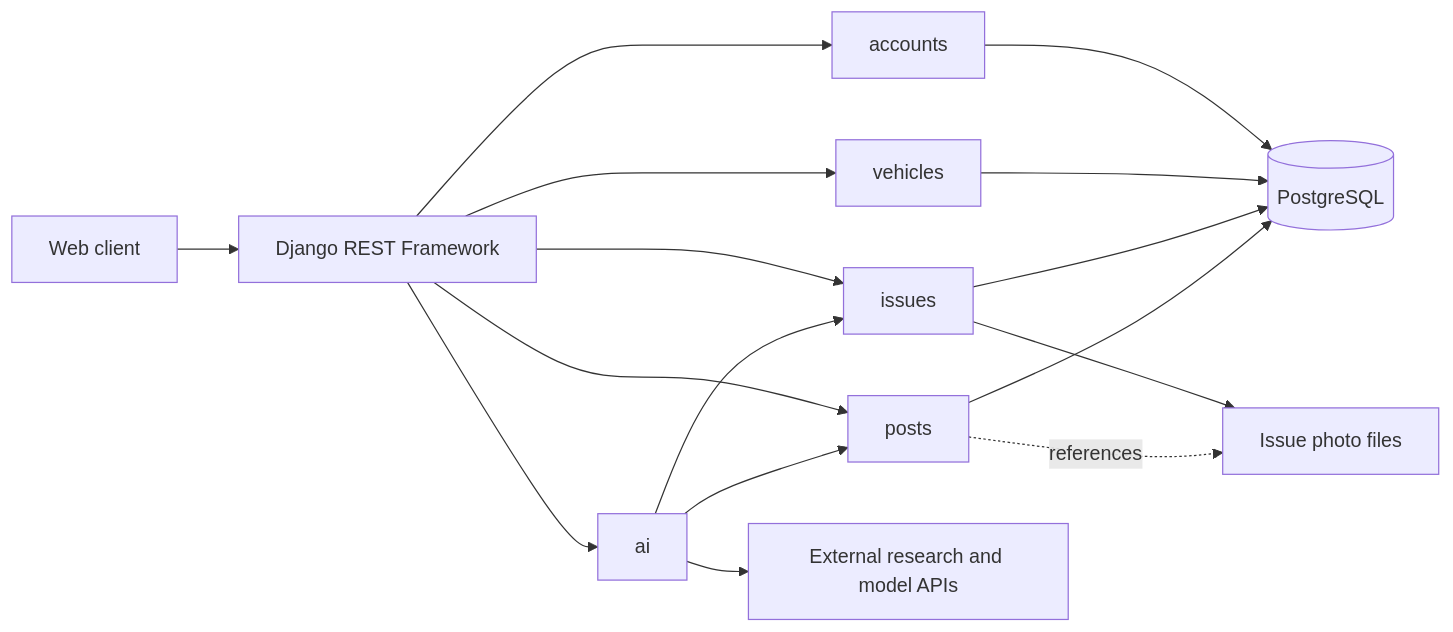
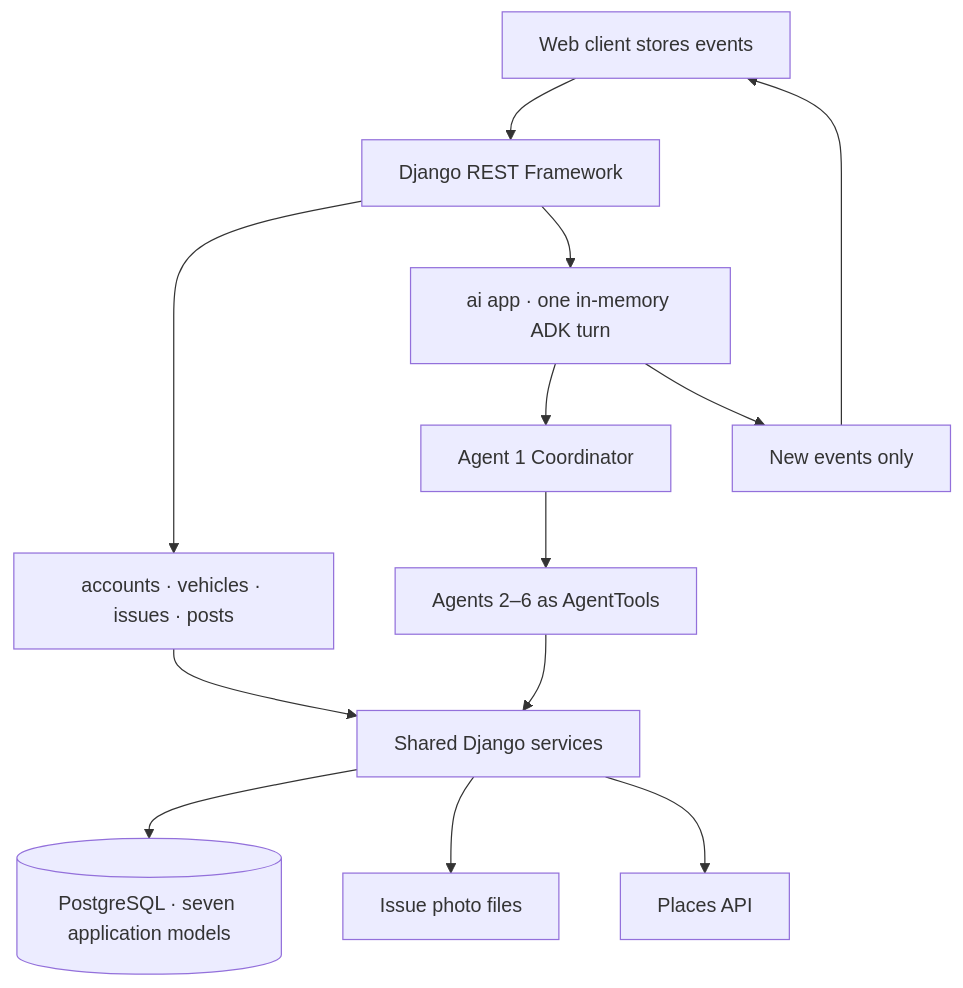
The first of 2 diagrams in system_architecture_design.md (madmax-10/junction), drawn with Mermaid before and after one commit. The commit also changed other lines of this file and 2 other files, not shown here.

````diff
--- a/system_architecture_design.md
+++ b/system_architecture_design.md
@@ -39,18 +46,15 @@
 ```mermaid
-flowchart LR
-    Client[Web client] --> API[Django REST Framework]
-    API --> Accounts[accounts]
-    API --> Vehicles[vehicles]
-    API --> Issues[issues]
-    API --> Posts[posts]
-    API --> AI[ai]
-    Accounts --> DB[(PostgreSQL)]
-    Vehicles --> DB
-    Issues --> DB
-    Posts --> DB
-    Issues --> Media[Issue photo files]
-    Posts -. references .-> Media
-    AI --> Issues
-    AI --> Posts
-    AI --> Research[External research and model APIs]
+flowchart TB
+    Client[Web client stores events] --> API[Django REST Framework]
+    API --> Domain[accounts · vehicles · issues · posts]
+    API --> AI[ai app · one in-memory ADK turn]
+    AI --> A1[Agent 1 Coordinator]
+    A1 --> Specialists[Agents 2–6 as AgentTools]
+    Specialists --> Services[Shared Django services]
+    Domain --> Services
+    Services --> DB[(PostgreSQL · seven application models)]
+    Services --> Media[Issue photo files]
+    Services --> Places[Places API]
+    AI --> Delta[New events only]
+    Delta --> Client
 ```
````
